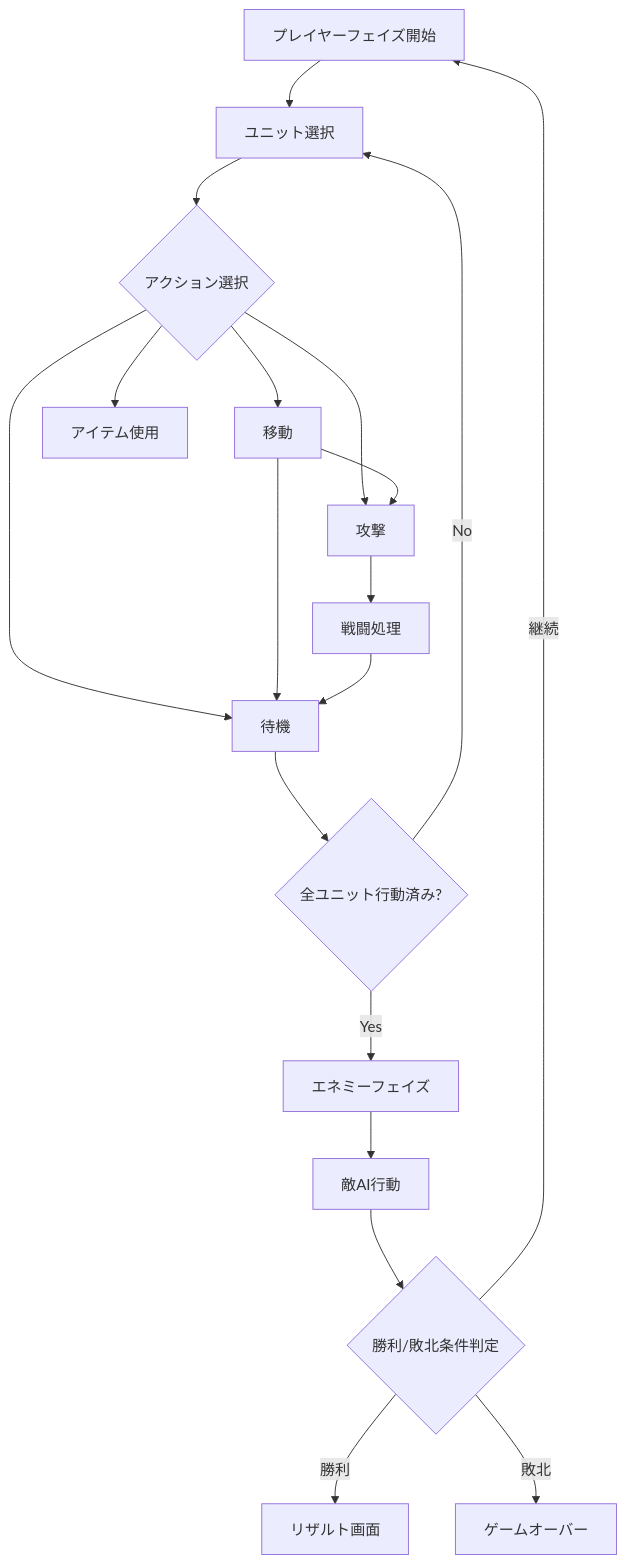
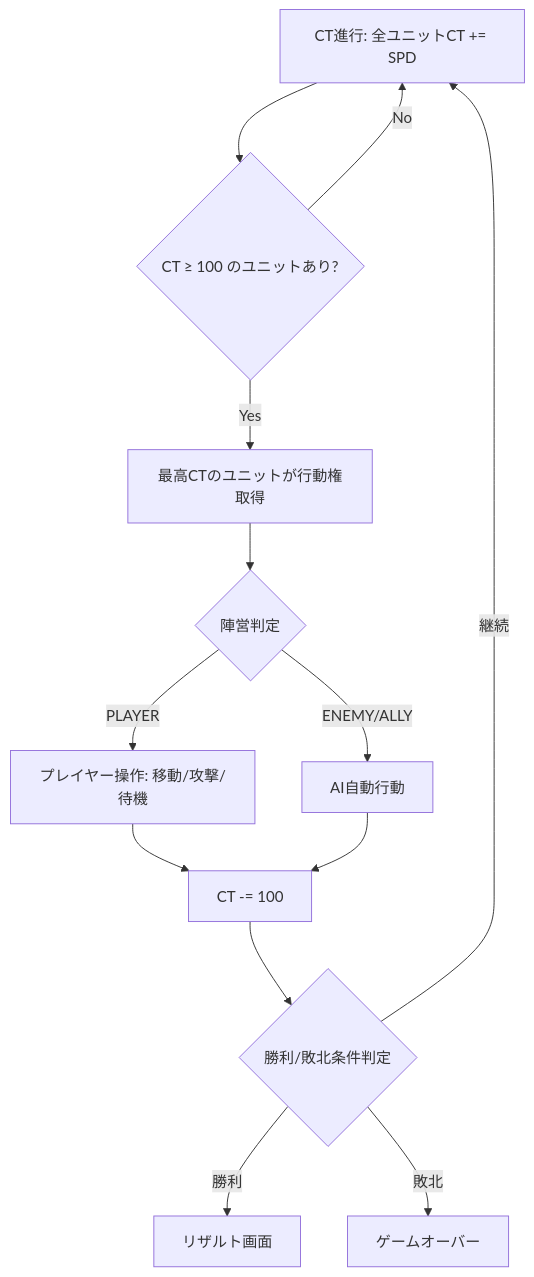
The diagram in docs/game-design-document.md (rssh-jp/testgame1), drawn with Mermaid before and after one commit. The commit also changed other lines of this file and 4 other files, not shown here.

````diff
--- a/docs/game-design-document.md
+++ b/docs/game-design-document.md
@@ -95,21 +100,15 @@
 ```mermaid
 graph TD
-    A[プレイヤーフェイズ開始] --> B[ユニット選択]
-    B --> C{アクション選択}
-    C --> D[移動]
-    C --> E[攻撃]
-    C --> F[待機]
-    C --> G[アイテム使用]
-    D --> E
-    D --> F
-    E --> H[戦闘処理]
-    H --> F
-    F --> I{全ユニット行動済み?}
-    I -->|No| B
-    I -->|Yes| J[エネミーフェイズ]
-    J --> K[敵AI行動]
-    K --> L{勝利/敗北条件判定}
-    L -->|継続| A
-    L -->|勝利| M[リザルト画面]
-    L -->|敗北| N[ゲームオーバー]
+    A[CT進行: 全ユニットCT += SPD] --> B{CT ≥ 100 のユニットあり?}
+    B -->|No| A
+    B -->|Yes| C[最高CTのユニットが行動権取得]
+    C --> D{陣営判定}
+    D -->|PLAYER| E[プレイヤー操作: 移動/攻撃/待機]
+    D -->|ENEMY/ALLY| F[AI自動行動]
+    E --> G[CT -= 100]
+    F --> G
+    G --> H{勝利/敗北条件判定}
+    H -->|継続| A
+    H -->|勝利| I[リザルト画面]
+    H -->|敗北| J[ゲームオーバー]
 ```
````
